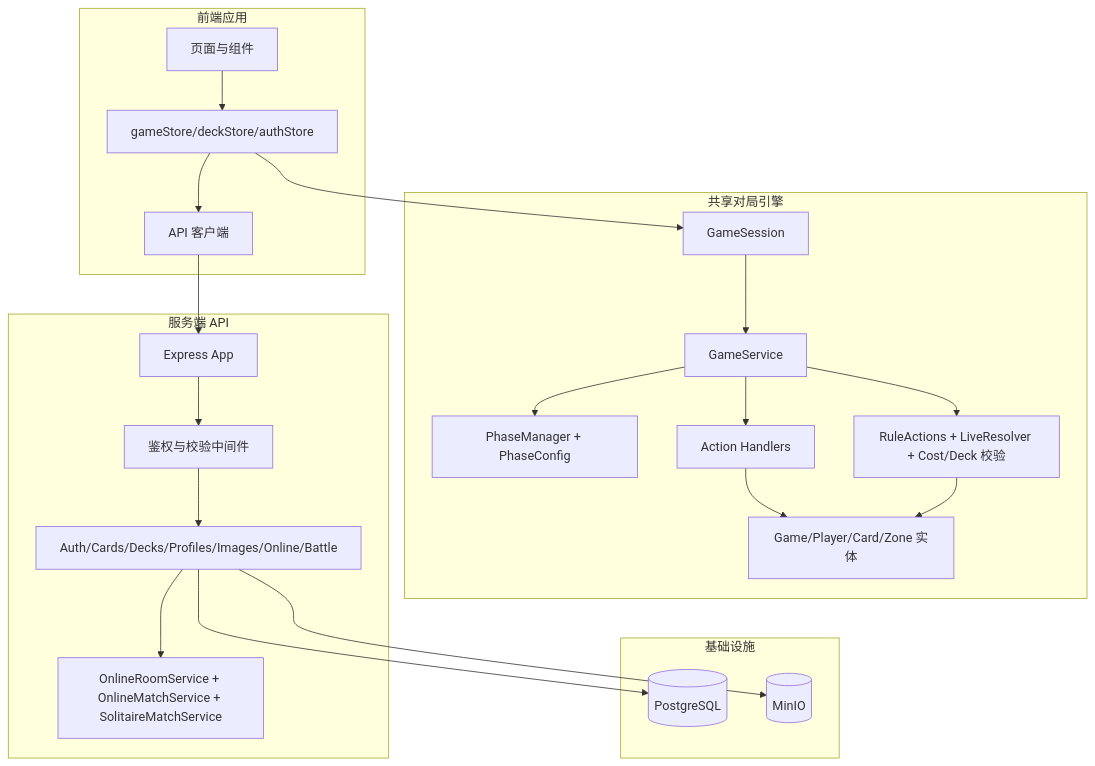
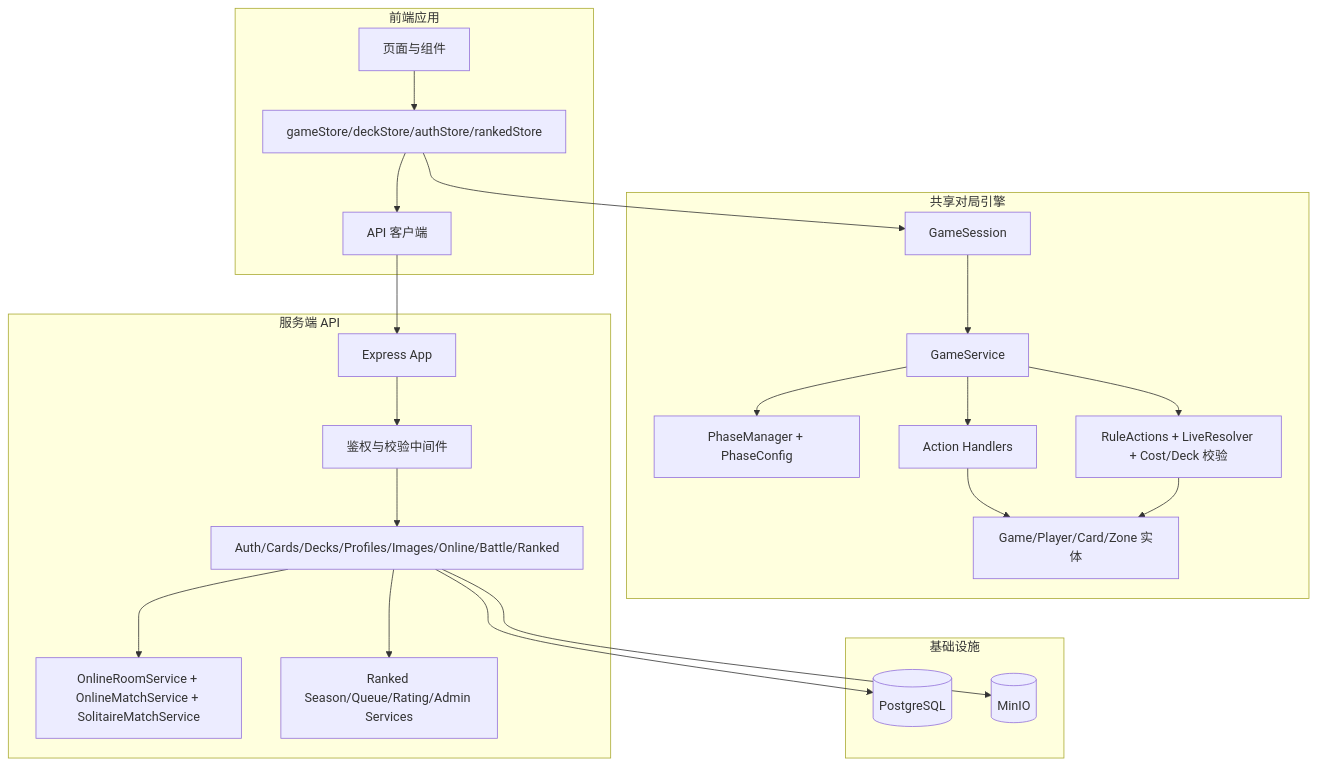
One commit to catmeow123456/loveca-dev changed the first of 9 diagrams in docs/system-design.md. Above: the diagram before and after it, drawn with Mermaid. The commit also changed other lines of this file and 61 other files, not shown here.

````diff
--- a/docs/system-design.md
+++ b/docs/system-design.md
@@ -33,46 +33,48 @@
 ```mermaid
 graph TB
     subgraph Client[前端应用]
         UI[页面与组件]
-        GS[gameStore/deckStore/authStore]
+        GS[gameStore/deckStore/authStore/rankedStore]
         APIClient[API 客户端]
     end
 
     subgraph Engine[共享对局引擎]
         Session[GameSession]
         Service[GameService]
         Phase[PhaseManager + PhaseConfig]
         Handlers[Action Handlers]
         Rules[RuleActions + LiveResolver + Cost/Deck 校验]
         Domain[Game/Player/Card/Zone 实体]
     end
 
     subgraph Server[服务端 API]
         App[Express App]
-        Routes[Auth/Cards/Decks/Profiles/Images/Online/Battle]
+        Routes[Auth/Cards/Decks/Profiles/Images/Online/Battle/Ranked]
         Middleware[鉴权与校验中间件]
         OnlineSvc[OnlineRoomService + OnlineMatchService + SolitaireMatchService]
+        RankedSvc[Ranked Season/Queue/Rating/Admin Services]
     end
 
     subgraph Infra[基础设施]
         PG[(PostgreSQL)]
         MinIO[(MinIO)]
     end
 
     UI --> GS
     GS --> Session
     Session --> Service
     Service --> Phase
     Service --> Handlers
     Service --> Rules
     Handlers --> Domain
     Rules --> Domain
 
     GS --> APIClient
     APIClient --> App
     App --> Middleware
     Middleware --> Routes
     Routes --> OnlineSvc
+    Routes --> RankedSvc
     Routes --> PG
     Routes --> MinIO
 ```
````
